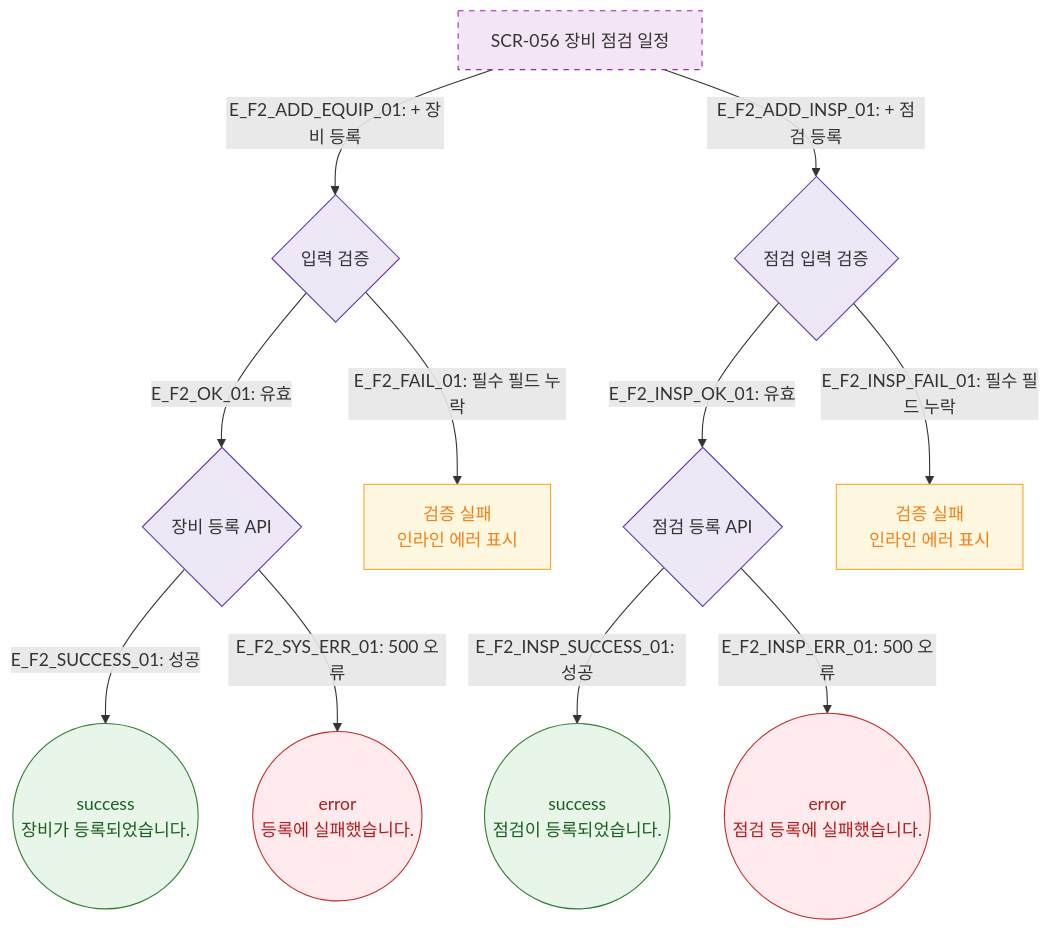
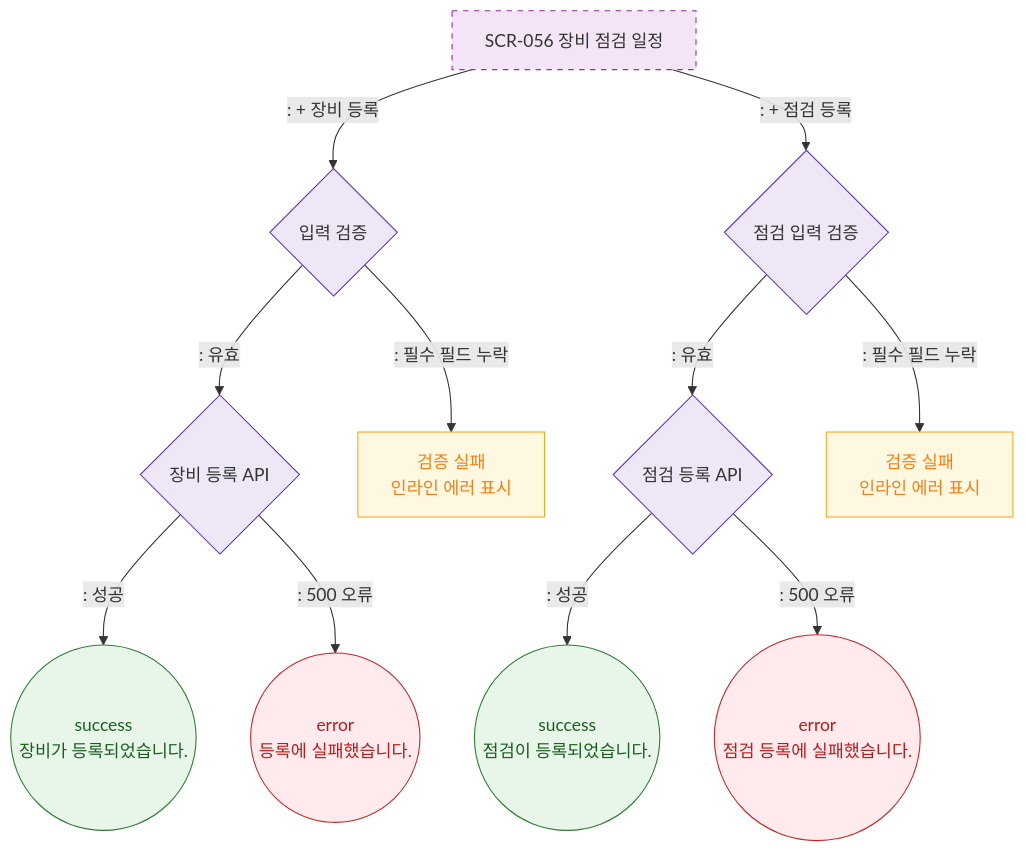
One commit to dev-spogym/admin-pando changed the diagram in docs/다이어그램/D06_시설관리/SCR-056_장비점검일정/F2_메인.md. Above: the diagram before and after it, drawn with Mermaid. The commit also changed other lines of this file and 1660 other files, not shown here.

First line of the commit message:
다이어그램: 기획자/클라이언트 납품본으로 정리

````diff
--- a/docs/다이어그램/D06_시설관리/SCR-056_장비점검일정/F2_메인.md
+++ b/docs/다이어그램/D06_시설관리/SCR-056_장비점검일정/F2_메인.md
@@ -16,28 +14,28 @@
 ```mermaid
 flowchart TD
     SCR_056[SCR-056 장비 점검 일정]
 
-    SCR_056 -->|"E_F2_ADD_EQUIP_01: + 장비 등록"| Validate{입력 검증}
+    SCR_056 -->|": + 장비 등록"|Validate{입력 검증}
 
-    Validate -->|"E_F2_OK_01: 유효"| EquipAPI{장비 등록 API}
-    Validate -->|"E_F2_FAIL_01: 필수 필드 누락"| ValidationFail[검증 실패\n인라인 에러 표시]
-    EquipAPI -->|"E_F2_SUCCESS_01: 성공"| SuccessToast((success\n장비가 등록되었습니다.))
-    EquipAPI -->|"E_F2_SYS_ERR_01: 500 오류"| SysErr((error\n등록에 실패했습니다.))
+    Validate -->|": 유효"|EquipAPI{장비 등록 API}
+    Validate -->|": 필수 필드 누락"|ValidationFail[검증 실패\n인라인 에러 표시]
+    EquipAPI -->|": 성공"|SuccessToast((success\n장비가 등록되었습니다.))
+    EquipAPI -->|": 500 오류"|SysErr((error\n등록에 실패했습니다.))
 
-    SCR_056 -->|"E_F2_ADD_INSP_01: + 점검 등록"| InspValidate{점검 입력 검증}
-    InspValidate -->|"E_F2_INSP_OK_01: 유효"| InspAPI{점검 등록 API}
-    InspValidate -->|"E_F2_INSP_FAIL_01: 필수 필드 누락"| InspFail[검증 실패\n인라인 에러 표시]
-    InspAPI -->|"E_F2_INSP_SUCCESS_01: 성공"| InspSuccess((success\n점검이 등록되었습니다.))
-    InspAPI -->|"E_F2_INSP_ERR_01: 500 오류"| InspErr((error\n점검 등록에 실패했습니다.))
+    SCR_056 -->|": + 점검 등록"|InspValidate{점검 입력 검증}
+    InspValidate -->|": 유효"|InspAPI{점검 등록 API}
+    InspValidate -->|": 필수 필드 누락"|InspFail[검증 실패\n인라인 에러 표시]
+    InspAPI -->|": 성공"|InspSuccess((success\n점검이 등록되었습니다.))
+    InspAPI -->|": 500 오류"|InspErr((error\n점검 등록에 실패했습니다.))
 
     classDef newFeature fill:#F3E5F5,stroke:#9C27B0,stroke-dasharray:5 5
     classDef success fill:#E8F5E9,stroke:#2E7D32,color:#1B5E20
     classDef error fill:#FFEBEE,stroke:#C62828,color:#B71C1C
     classDef warning fill:#FFF8E1,stroke:#F9A825,color:#F57F17
     classDef system fill:#EDE7F6,stroke:#5E35B2
     class SCR_056 newFeature
     class SuccessToast,InspSuccess success
     class SysErr,InspErr error
     class ValidationFail,InspFail warning
     class Validate,EquipAPI,InspValidate,InspAPI system
 ```
````
